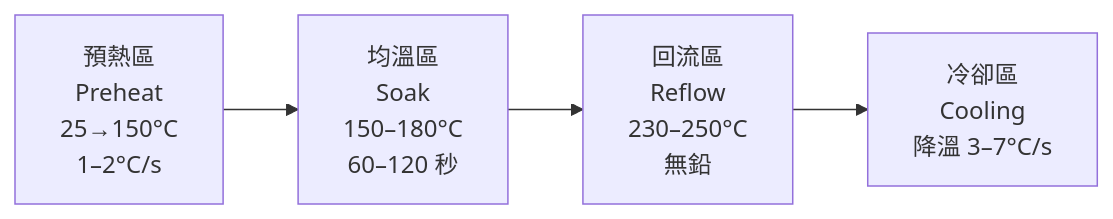
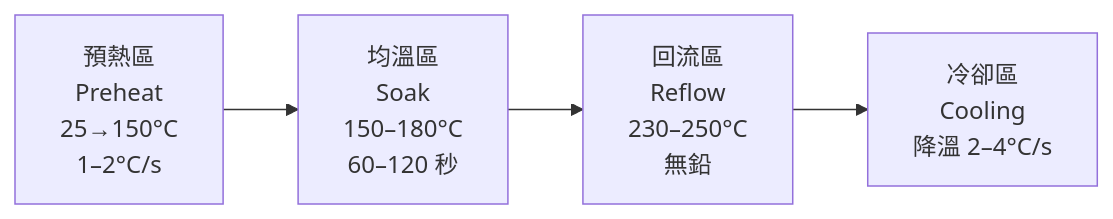
The diagram in docs/smt-bonding/02-temp-profile.md (wizardhsiehcom/book), drawn with Mermaid before and after one commit. The commit also changed other lines of this file and 15 other files, not shown here.

````diff
--- a/docs/smt-bonding/02-temp-profile.md
+++ b/docs/smt-bonding/02-temp-profile.md
@@ -9,4 +9,4 @@
 ```mermaid
 flowchart LR
-    A["預熱區\nPreheat\n25→150°C\n1–2°C/s"] --> B["均溫區\nSoak\n150–180°C\n60–120 秒"] --> C["回流區\nReflow\n230–250°C\n無鉛"] --> D["冷卻區\nCooling\n降溫 3–7°C/s"]
+    A["預熱區<br/>Preheat<br/>25→150°C<br/>1–2°C/s"] --> B["均溫區<br/>Soak<br/>150–180°C<br/>60–120 秒"] --> C["回流區<br/>Reflow<br/>230–250°C<br/>無鉛"] --> D["冷卻區<br/>Cooling<br/>降溫 2–4°C/s"]
 ```
````
